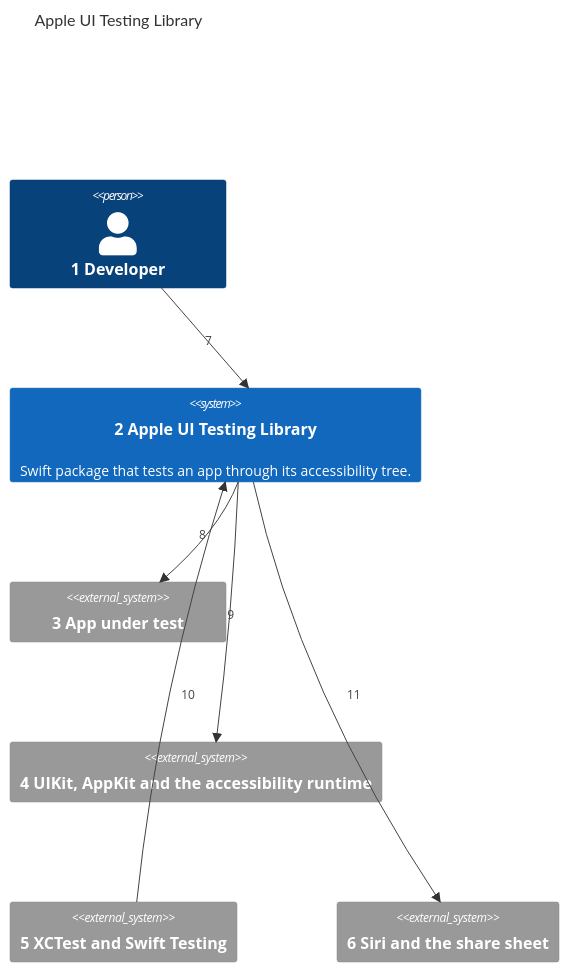
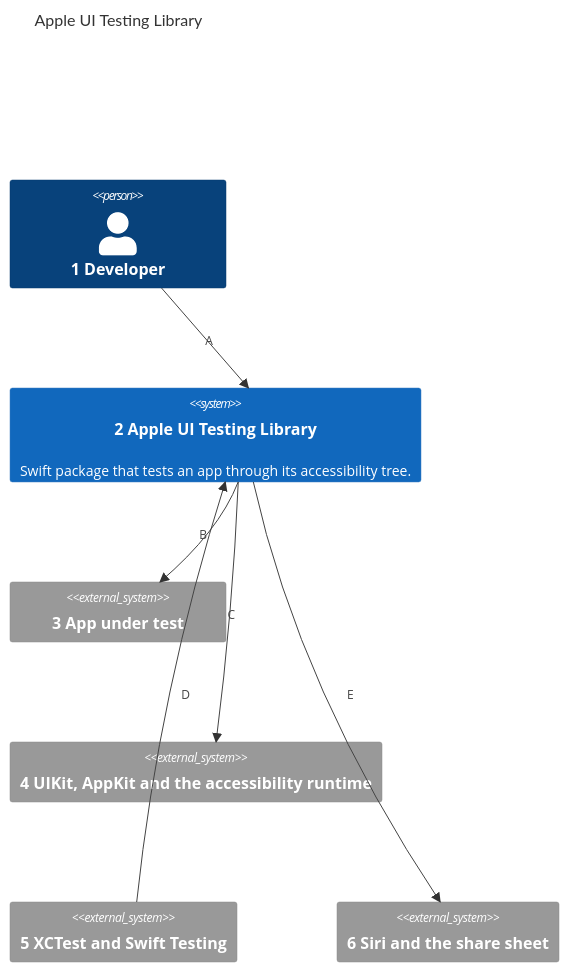
One commit to may-journal/apple-ui-testing-library changed the first of 2 diagrams in docs/architecture/01-system-context.md. Above: the diagram before and after it, drawn with Mermaid. The commit also changed other lines of this file and 4 other files, not shown here.

First line of the commit message:
docs(architecture): connector callouts are letters (#104)

````diff
--- a/docs/architecture/01-system-context.md
+++ b/docs/architecture/01-system-context.md
@@ -7,17 +7,17 @@
 ```mermaid
 C4Context
     title Apple UI Testing Library
 
     Person(dev, "1 Developer")
     System(lib, "2 Apple UI Testing Library", "Swift package that tests an app through its accessibility tree.")
     System_Ext(app, "3 App under test")
     System_Ext(runtime, "4 UIKit, AppKit and the accessibility runtime")
     System_Ext(runner, "5 XCTest and Swift Testing")
     System_Ext(system, "6 Siri and the share sheet")
 
-    Rel(dev, lib, "7")
-    Rel(lib, app, "8")
-    Rel(lib, runtime, "9")
-    Rel(runner, lib, "10")
-    Rel(lib, system, "11")
+    Rel(dev, lib, "A")
+    Rel(lib, app, "B")
+    Rel(lib, runtime, "C")
+    Rel(runner, lib, "D")
+    Rel(lib, system, "E")
 ```
````
